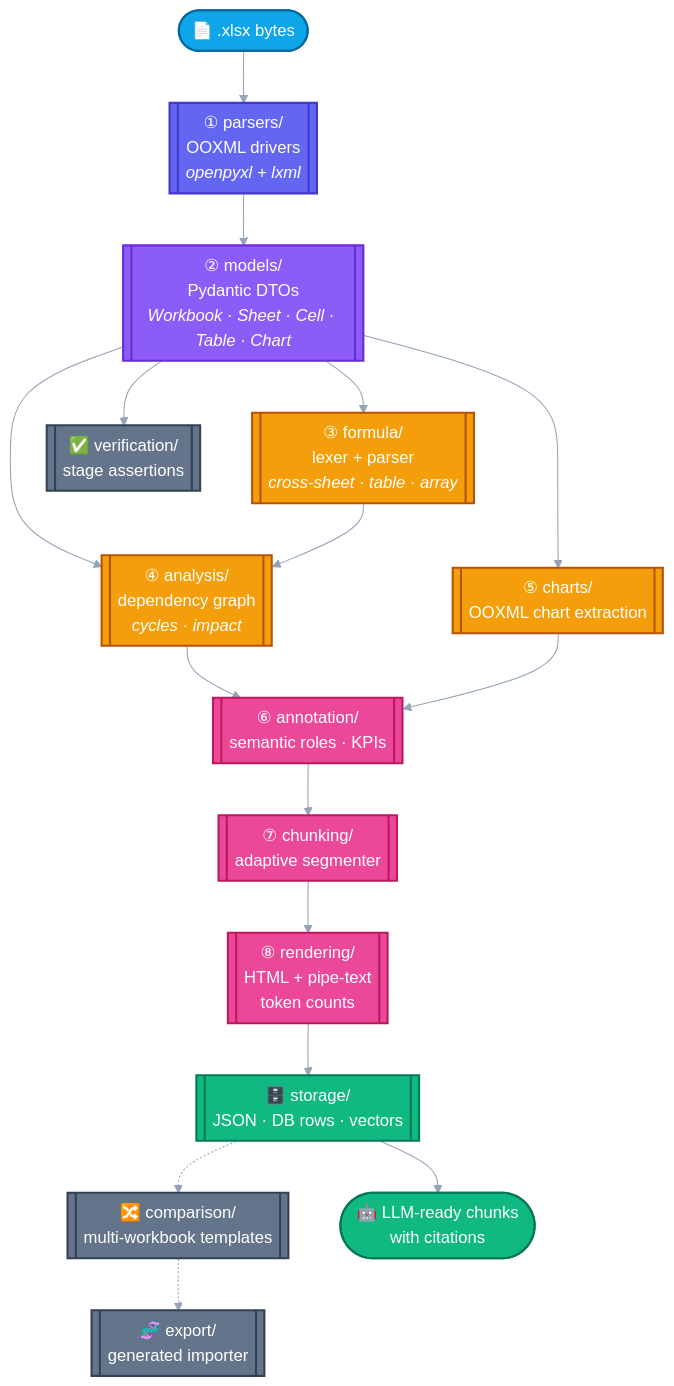
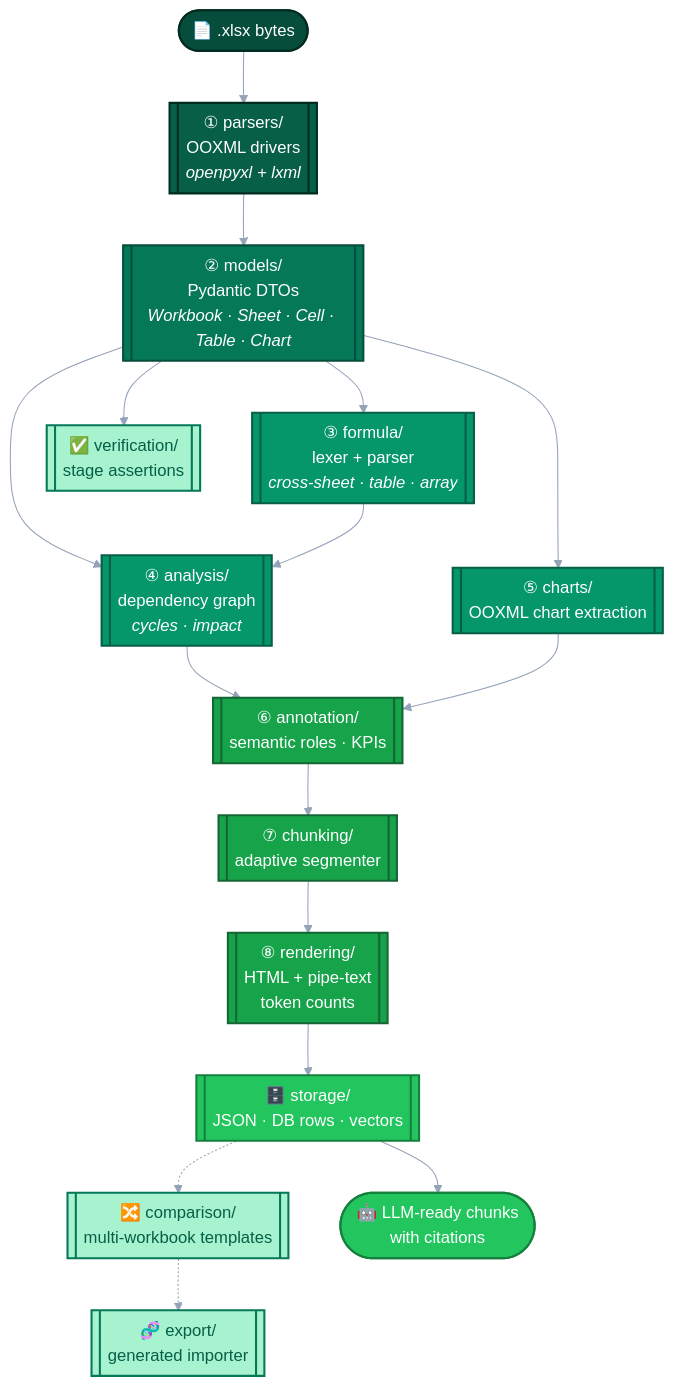
The diagram in README.md (knowledgestack/ks-xlsx-parser), drawn with Mermaid before and after one commit. The commit also changed other lines of this file, not shown here.

First line of the commit message:
docs: tone down README palette to monochromatic green

````diff
--- a/README.md
+++ b/README.md
@@ -192,50 +192,52 @@
 ```mermaid
 %%{init: {'theme':'base', 'themeVariables': {
-  'primaryColor':'#6366F1','primaryTextColor':'#fff','primaryBorderColor':'#4F46E5',
-  'lineColor':'#94A3B8','secondaryColor':'#10B981','tertiaryColor':'#F59E0B',
-  'background':'#FFFFFF','mainBkg':'#6366F1','clusterBkg':'#F8FAFC'
+  'primaryColor':'#10B981','primaryTextColor':'#fff','primaryBorderColor':'#047857',
+  'lineColor':'#94A3B8','secondaryColor':'#22C55E','tertiaryColor':'#34D399',
+  'background':'#FFFFFF','mainBkg':'#10B981','clusterBkg':'#F0FDF4'
 }}}%%
 flowchart TD
     IN([📄 .xlsx bytes])
     PARSE[["① parsers/<br/>OOXML drivers<br/><i>openpyxl + lxml</i>"]]
     MODELS[["② models/<br/>Pydantic DTOs<br/><i>Workbook · Sheet · Cell · Table · Chart</i>"]]
     FORMULA[["③ formula/<br/>lexer + parser<br/><i>cross-sheet · table · array</i>"]]
     ANALYSIS[["④ analysis/<br/>dependency graph<br/><i>cycles · impact</i>"]]
     CHARTS[["⑤ charts/<br/>OOXML chart extraction"]]
     ANNOT[["⑥ annotation/<br/>semantic roles · KPIs"]]
     SEG[["⑦ chunking/<br/>adaptive segmenter"]]
     REND[["⑧ rendering/<br/>HTML + pipe-text<br/>token counts"]]
     STORE[["🗄️ storage/<br/>JSON · DB rows · vectors"]]
     VER[["✅ verification/<br/>stage assertions"]]
     CMP[["🔀 comparison/<br/>multi-workbook templates"]]
     EXP[["🧬 export/<br/>generated importer"]]
     OUT([🤖 LLM-ready chunks<br/>with citations])
 
     IN --> PARSE --> MODELS
     MODELS --> FORMULA
     MODELS --> ANALYSIS
     MODELS --> CHARTS
     FORMULA --> ANALYSIS
     ANALYSIS --> ANNOT
     CHARTS --> ANNOT
     ANNOT --> SEG --> REND --> STORE
     MODELS --> VER
     STORE --> OUT
     STORE -.-> CMP -.-> EXP
 
-    classDef entry   fill:#0EA5E9,stroke:#0369A1,color:#fff,stroke-width:2px;
-    classDef parse   fill:#6366F1,stroke:#4338CA,color:#fff,stroke-width:2px;
-    classDef model   fill:#8B5CF6,stroke:#6D28D9,color:#fff,stroke-width:2px;
-    classDef analyze fill:#F59E0B,stroke:#B45309,color:#fff,stroke-width:2px;
-    classDef render  fill:#EC4899,stroke:#BE185D,color:#fff,stroke-width:2px;
-    classDef output  fill:#10B981,stroke:#047857,color:#fff,stroke-width:2px;
-    classDef aux     fill:#64748B,stroke:#334155,color:#fff,stroke-width:2px;
+    %% All-green palette: deepest for entry, lightest for auxiliary stages,
+    %% emerald for the headline output node.
+    classDef entry   fill:#064E3B,stroke:#022C22,color:#fff,stroke-width:2px;
+    classDef parse   fill:#065F46,stroke:#022C22,color:#fff,stroke-width:2px;
+    classDef model   fill:#047857,stroke:#064E3B,color:#fff,stroke-width:2px;
+    classDef analyze fill:#059669,stroke:#065F46,color:#fff,stroke-width:2px;
+    classDef render  fill:#16A34A,stroke:#166534,color:#fff,stroke-width:2px;
+    classDef output  fill:#22C55E,stroke:#15803D,color:#fff,stroke-width:2px;
+    classDef aux     fill:#A7F3D0,stroke:#047857,color:#065F46,stroke-width:2px;
 
     class IN entry
     class PARSE parse
     class MODELS model
     class FORMULA,ANALYSIS,CHARTS analyze
     class ANNOT,SEG,REND render
     class STORE,OUT output
     class VER,CMP,EXP aux
 ```
````
